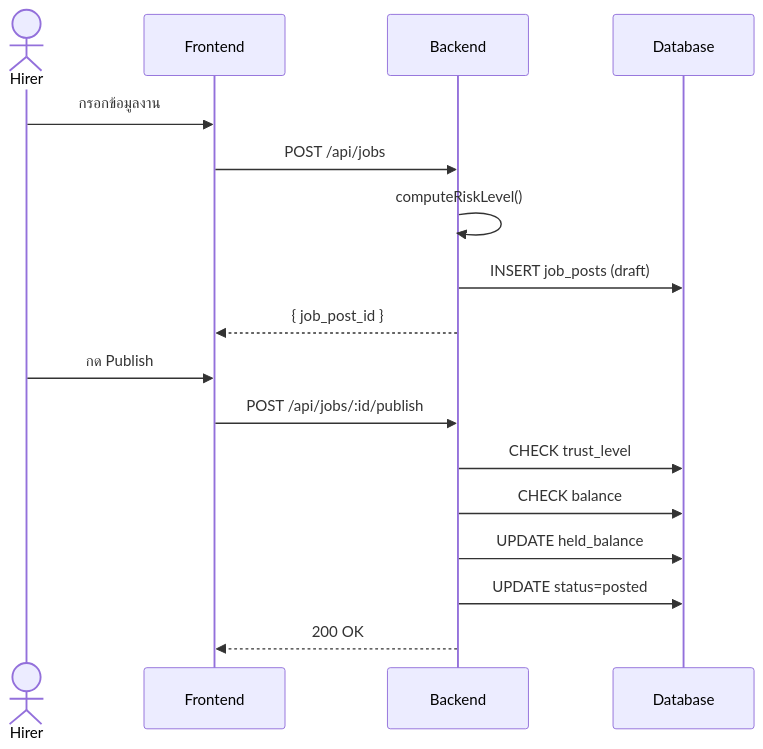
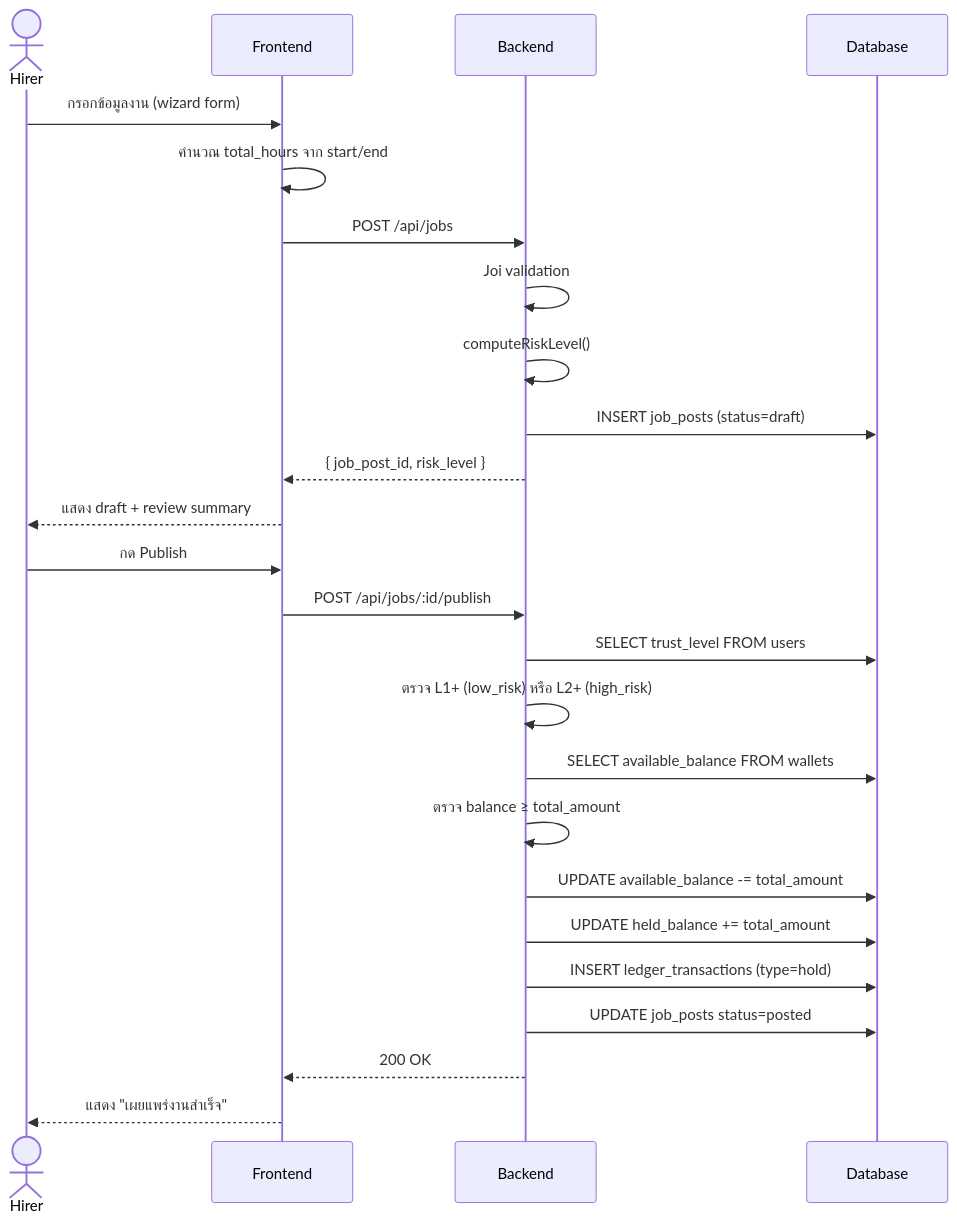
One commit to SakdaRt/Careconnect changed the sixth of 16 diagrams in THESIS_CONTENT_CH3_PART3.md. Above: the diagram before and after it, drawn with Mermaid. The commit also changed other lines of this file, not shown here.

Commit message:
docs(thesis): ปรับ Sequence Diagram ครบ 15 diagrams — หัวข้อภาษาไทย + เพิ่ม Login, OAuth, OTP, Direct Assign, Early Checkout, Cancel, Dispute, Withdrawal, Notification

````diff
--- a/THESIS_CONTENT_CH3_PART3.md
+++ b/THESIS_CONTENT_CH3_PART3.md
@@ -673,19 +768,27 @@
 ```mermaid
 sequenceDiagram
     actor Hirer
     participant FE as Frontend
     participant BE as Backend
     participant DB as Database
-    Hirer->>FE: กรอกข้อมูลงาน
+    Hirer->>FE: กรอกข้อมูลงาน (wizard form)
+    FE->>FE: คำนวณ total_hours จาก start/end
     FE->>BE: POST /api/jobs
+    BE->>BE: Joi validation
     BE->>BE: computeRiskLevel()
-    BE->>DB: INSERT job_posts (draft)
-    BE-->>FE: { job_post_id }
+    BE->>DB: INSERT job_posts (status=draft)
+    BE-->>FE: { job_post_id, risk_level }
+    FE-->>Hirer: แสดง draft + review summary
     Hirer->>FE: กด Publish
     FE->>BE: POST /api/jobs/:id/publish
-    BE->>DB: CHECK trust_level
-    BE->>DB: CHECK balance
-    BE->>DB: UPDATE held_balance
-    BE->>DB: UPDATE status=posted
+    BE->>DB: SELECT trust_level FROM users
+    BE->>BE: ตรวจ L1+ (low_risk) หรือ L2+ (high_risk)
+    BE->>DB: SELECT available_balance FROM wallets
+    BE->>BE: ตรวจ balance ≥ total_amount
+    BE->>DB: UPDATE available_balance -= total_amount
+    BE->>DB: UPDATE held_balance += total_amount
+    BE->>DB: INSERT ledger_transactions (type=hold)
+    BE->>DB: UPDATE job_posts status=posted
     BE-->>FE: 200 OK
+    FE-->>Hirer: แสดง "เผยแพร่งานสำเร็จ"
 ```
````
